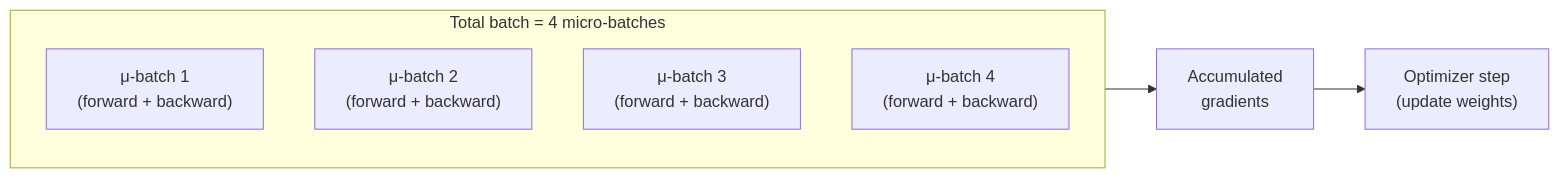
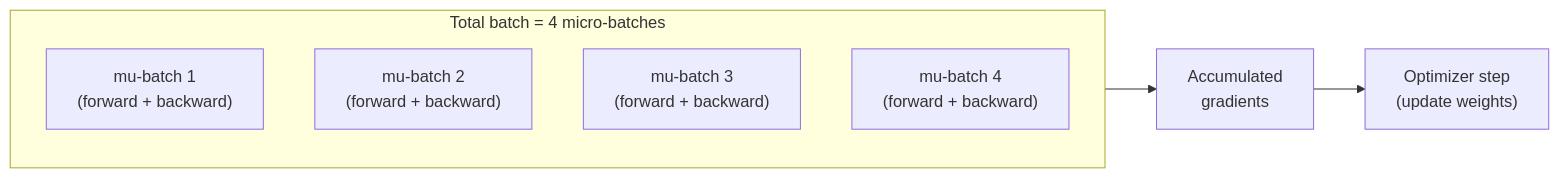
One commit to meever/nanochat changed the sixth of 6 diagrams in learn/05_training_loop.md. Above: the diagram before and after it, drawn with Mermaid. The commit also changed other lines of this file and 11 other files, not shown here.

````diff
--- a/learn/05_training_loop.md
+++ b/learn/05_training_loop.md
@@ -211,12 +211,12 @@
 ```mermaid
 flowchart LR
   subgraph Micro["Total batch = 4 micro-batches"]
-    M1["μ-batch 1\n(forward + backward)"]
-    M2["μ-batch 2\n(forward + backward)"]
-    M3["μ-batch 3\n(forward + backward)"]
-    M4["μ-batch 4\n(forward + backward)"]
+    M1["mu-batch 1\n(forward + backward)"]
+    M2["mu-batch 2\n(forward + backward)"]
+    M3["mu-batch 3\n(forward + backward)"]
+    M4["mu-batch 4\n(forward + backward)"]
   end
 
   Micro --> Sum["Accumulated\ngradients"]
   Sum --> Step["Optimizer step\n(update weights)"]
 ```
````
